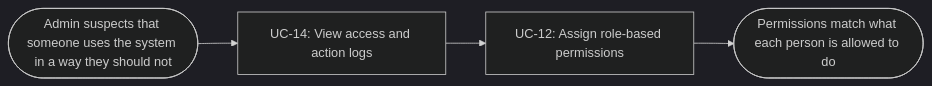
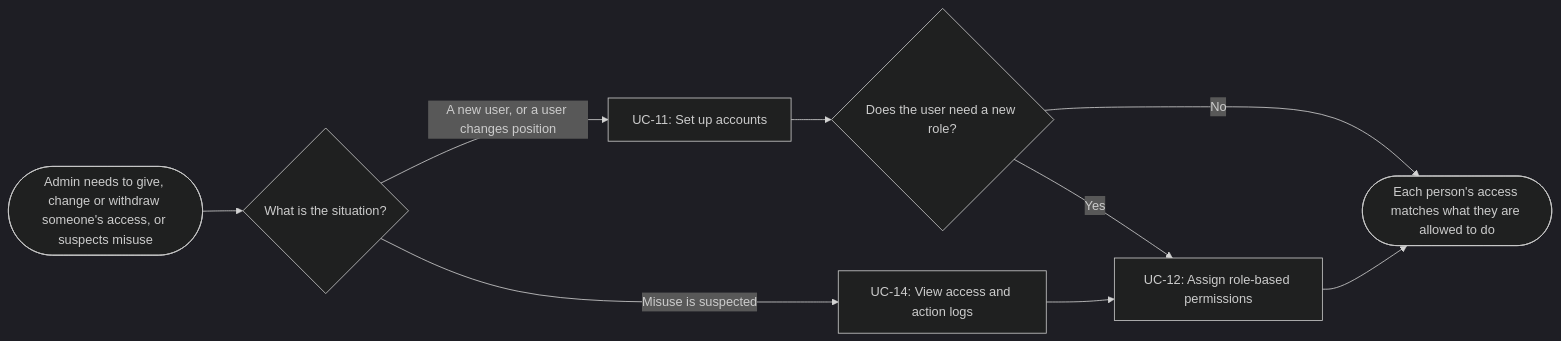
The sixth of 7 diagrams in docs/external-design/usage-flow.md (hatrang191/groupE-nursinghome), drawn with Mermaid (dark theme) before and after one commit. The commit also changed other lines of this file, not shown here.

````diff
--- a/docs/external-design/usage-flow.md
+++ b/docs/external-design/usage-flow.md
@@ -155,6 +107,11 @@
 ```mermaid
 flowchart LR
-  A(["Admin suspects that someone uses the system in a way they should not"]) --> U1["UC-14: View access and action logs"]
-  U1 --> U2["UC-12: Assign role-based permissions"]
-  U2 --> Z(["Permissions match what each person is allowed to do"])
+  A(["Admin needs to give, change or withdraw someone's access, or suspects misuse"]) --> D1{"What is the situation?"}
+  D1 -->|"A new user, or a user changes position"| U1["UC-11: Set up accounts"]
+  D1 -->|"Misuse is suspected"| U3["UC-14: View access and action logs"]
+  U1 --> D2{"Does the user need a new role?"}
+  D2 -->|"Yes"| U2["UC-12: Assign role-based permissions"]
+  D2 -->|"No"| Z(["Each person's access matches what they are allowed to do"])
+  U3 --> U2
+  U2 --> Z
 ```
````
